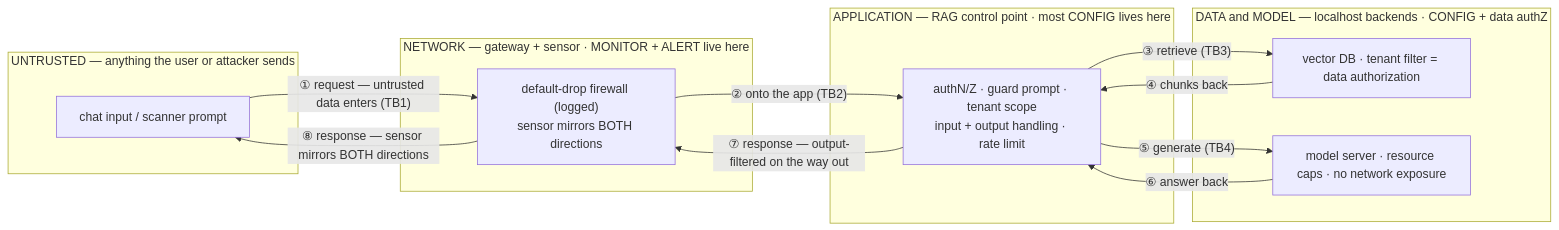
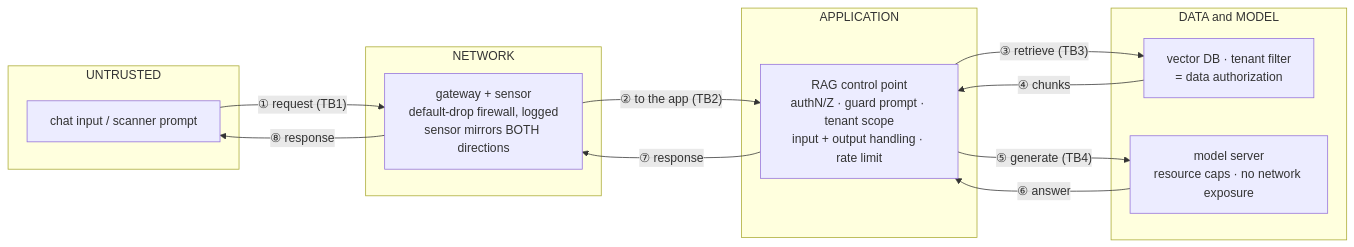
The fifth of 11 diagrams in lab-journal/rag-and-ai-probe.md (ryayres-fox/Security), drawn with Mermaid before and after one commit. The commit also changed other lines of this file and 5 other files, not shown here.

First line of the commit message:
Lab journal: legible diagrams, and the agentic-services page (#90)

````diff
--- a/lab-journal/rag-and-ai-probe.md
+++ b/lab-journal/rag-and-ai-probe.md
@@ -192,24 +196,24 @@
 ```mermaid
 graph LR
-  subgraph Z0["UNTRUSTED — anything the user or attacker sends"]
+  subgraph Z0["UNTRUSTED"]
     IN["chat input / scanner prompt"]
   end
-  subgraph Z1["NETWORK — gateway + sensor · MONITOR + ALERT live here"]
-    GW["default-drop firewall (logged)<br/>sensor mirrors BOTH directions"]
+  subgraph Z1["NETWORK"]
+    GW["gateway + sensor<br/>default-drop firewall, logged<br/>sensor mirrors BOTH directions"]
   end
-  subgraph Z2["APPLICATION — RAG control point · most CONFIG lives here"]
-    APP["authN/Z · guard prompt · tenant scope<br/>input + output handling · rate limit"]
+  subgraph Z2["APPLICATION"]
+    APP["RAG control point<br/>authN/Z · guard prompt · tenant scope<br/>input + output handling · rate limit"]
   end
-  subgraph Z3["DATA and MODEL — localhost backends · CONFIG + data authZ"]
-    QD["vector DB · tenant filter = data authorization"]
-    ML["model server · resource caps · no network exposure"]
+  subgraph Z3["DATA and MODEL"]
+    QD["vector DB · tenant filter<br/>= data authorization"]
+    ML["model server<br/>resource caps · no network exposure"]
   end
-  IN -->|"① request — untrusted data enters (TB1)"| GW
-  GW -->|"② onto the app (TB2)"| APP
+  IN -->|"① request (TB1)"| GW
+  GW -->|"② to the app (TB2)"| APP
   APP -->|"③ retrieve (TB3)"| QD
-  QD -->|"④ chunks back"| APP
+  QD -->|"④ chunks"| APP
   APP -->|"⑤ generate (TB4)"| ML
-  ML -->|"⑥ answer back"| APP
-  APP -->|"⑦ response — output-filtered on the way out"| GW
-  GW -->|"⑧ response — sensor mirrors BOTH directions"| IN
+  ML -->|"⑥ answer"| APP
+  APP -->|"⑦ response"| GW
+  GW -->|"⑧ response"| IN
 ```
````
